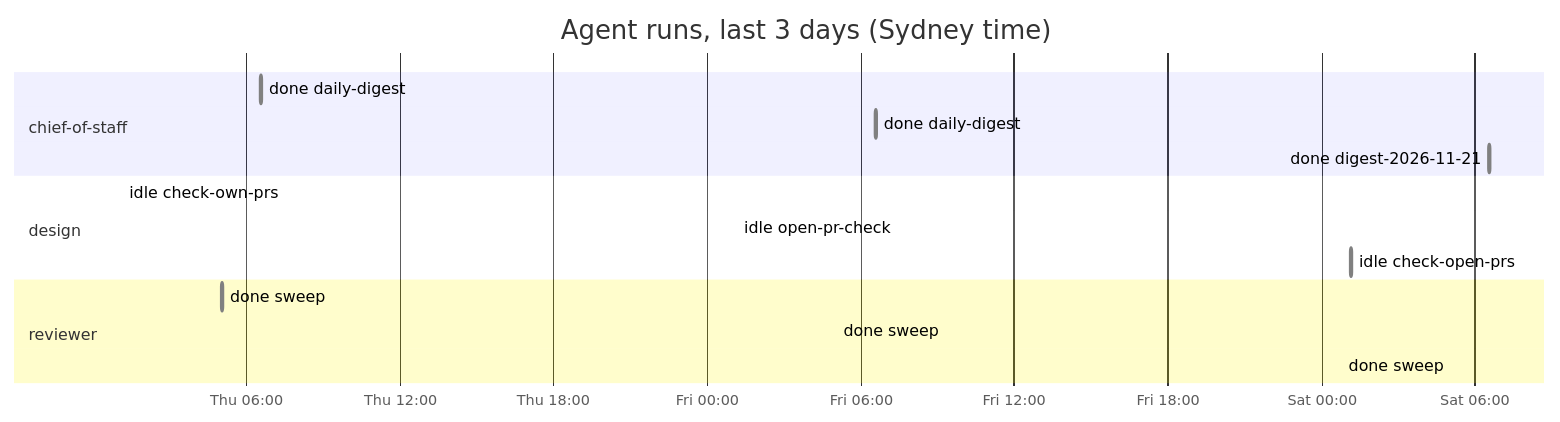
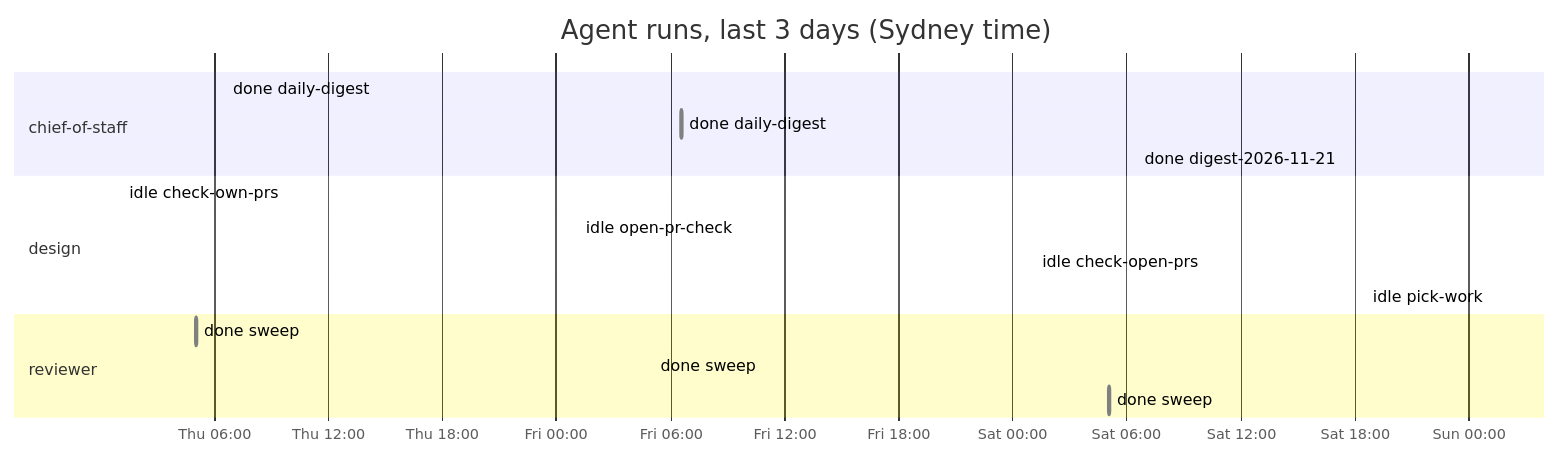
One commit to roulmediateam-byte/fifteen-expert-hq changed the diagram in dashboard.md. Above: the diagram before and after it, drawn with Mermaid. The commit also changed other lines of this file and 1 other file, not shown here.

````diff
--- a/dashboard.md
+++ b/dashboard.md
@@ -48,18 +48,19 @@
 ```mermaid
 gantt
     title Agent runs, last 3 days (Sydney time)
     dateFormat YYYY-MM-DD HH:mm
     axisFormat %a %H:%M
     section chief-of-staff
     done daily-digest :done, 2026-11-19 06:35, 2026-11-19 06:36
     done daily-digest :done, 2026-11-20 06:35, 2026-11-20 06:37
     done digest-2026-11-21 :done, 2026-11-21 06:34, 2026-11-21 06:36
     section design
     idle check-own-prs :done, 2026-11-19 01:10, 2026-11-19 01:11
     idle open-pr-check :done, 2026-11-20 01:10, 2026-11-20 01:11
     idle check-open-prs :done, 2026-11-21 01:10, 2026-11-21 01:11
+    idle pick-work :done, 2026-11-22 01:08, 2026-11-22 01:08
     section reviewer
     done sweep :done, 2026-11-19 05:04, 2026-11-19 05:05
     done sweep :done, 2026-11-20 05:05, 2026-11-20 05:05
     done sweep :done, 2026-11-21 05:05, 2026-11-21 05:06
 ```
````
